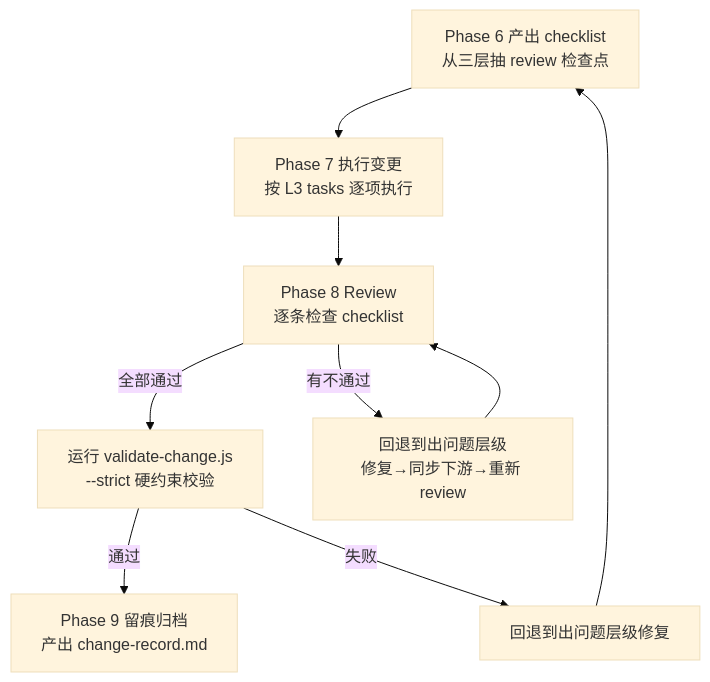
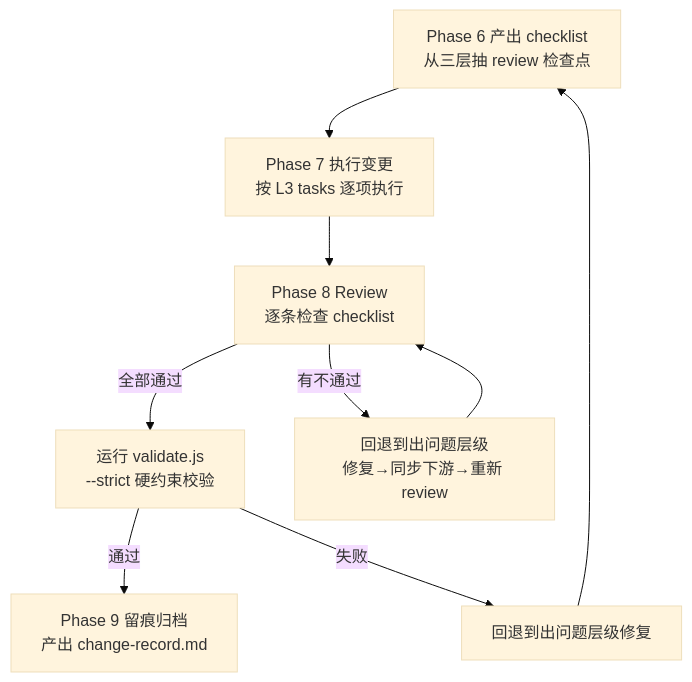
Before and after one commit to YuluoY/claude-uluo: the third of 3 diagrams in skills/uluo-change-flow/SKILL.md, drawn with Mermaid (base theme). The commit also changed other lines of this file and 179 other files, not shown here.

````diff
--- a/skills/uluo-change-flow/SKILL.md
+++ b/skills/uluo-change-flow/SKILL.md
@@ -88,15 +111,15 @@
 ```mermaid
 flowchart TD
     P6["Phase 6 产出 checklist<br/>从三层抽 review 检查点"]
     P7["Phase 7 执行变更<br/>按 L3 tasks 逐项执行"]
     P8["Phase 8 Review<br/>逐条检查 checklist"]
     P9["Phase 9 留痕归档<br/>产出 change-record.md"]
-    V["运行 validate-change.js<br/>--strict 硬约束校验"]
+    V["运行 validate.js<br/>--strict 硬约束校验"]
     P6 --> P7 --> P8
     P8 -->|全部通过| V
     P8 -->|有不通过| BACK["回退到出问题层级<br/>修复→同步下游→重新 review"]
     BACK --> P8
     V -->|通过| P9
     V -->|失败| FIX["回退到出问题层级修复"]
     FIX --> P6
 ```
````
